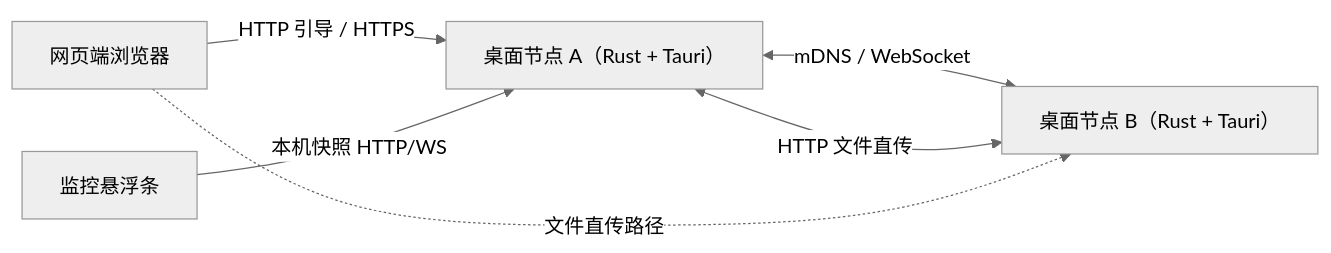
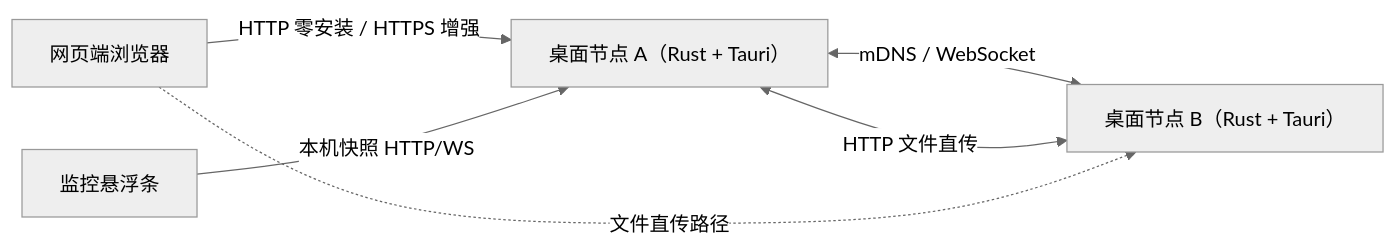
One commit to yangjinming1062/MeshShare changed the first of 6 diagrams in docs/ARCHITECTURE_MAP.md. Above: the diagram before and after it, drawn with Mermaid (neutral theme). The commit also changed other lines of this file and 7 other files, not shown here.

````diff
--- a/docs/ARCHITECTURE_MAP.md
+++ b/docs/ARCHITECTURE_MAP.md
@@ -5,8 +5,8 @@
 ```mermaid
 flowchart LR
   A["桌面节点 A（Rust + Tauri）"] <-->|mDNS / WebSocket| B["桌面节点 B（Rust + Tauri）"]
   A <-->|HTTP 文件直传| B
-  P["网页端浏览器"] -->|HTTP 引导 / HTTPS| A
+  P["网页端浏览器"] -->|HTTP 零安装 / HTTPS 增强| A
   P -.->|文件直传路径| B
   M["监控悬浮条"] -->|本机快照 HTTP/WS| A
 ```
````
